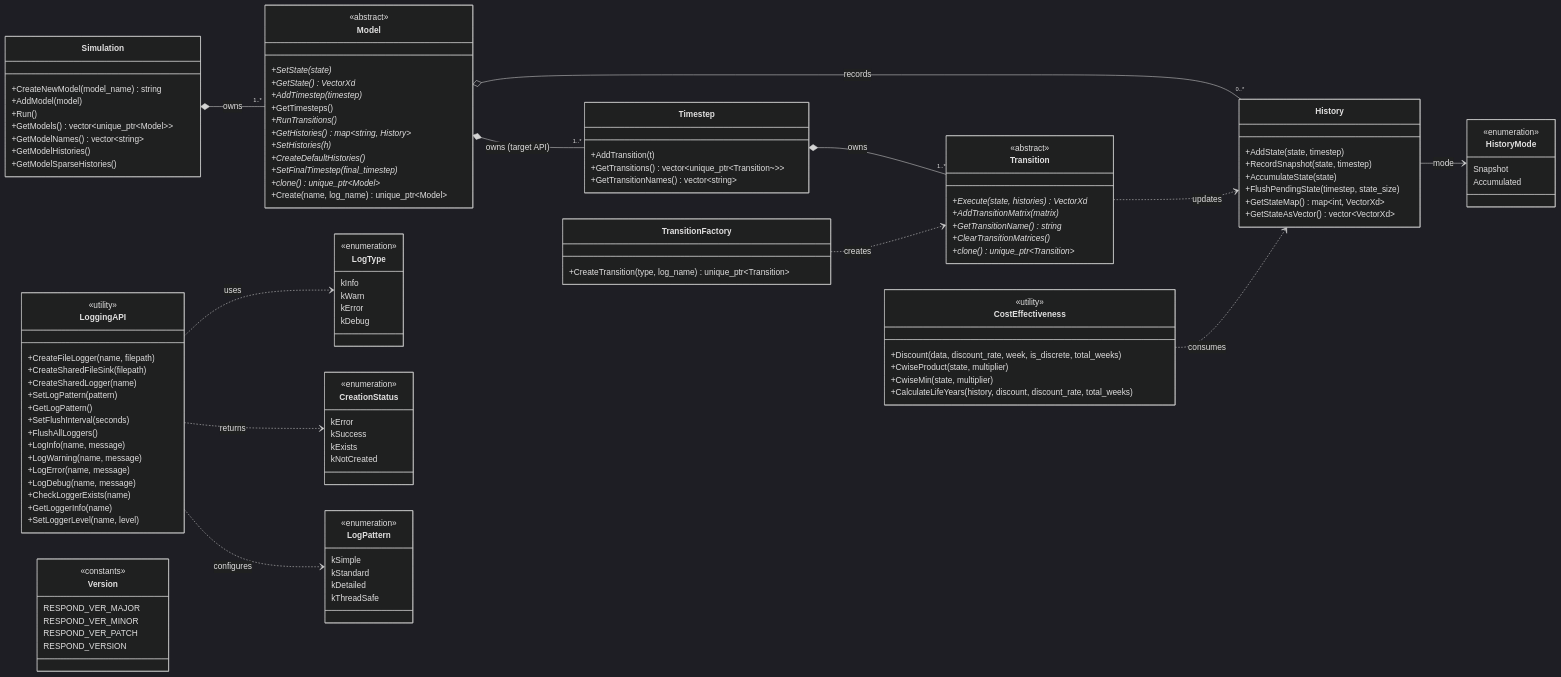
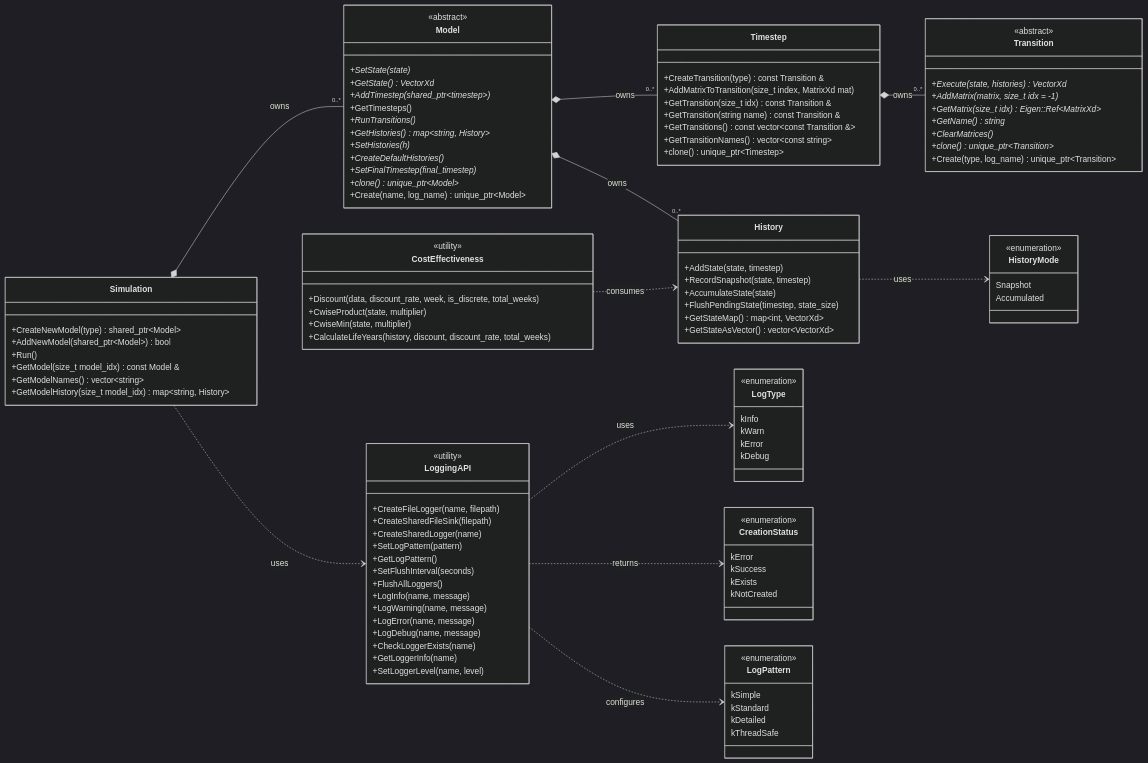
The first of 3 diagrams in docs/src/uml.md (SyndemicsLab/respond), drawn with Mermaid (dark theme) before and after one commit.

Commit message:
Updating public diagram

````diff
--- a/docs/src/uml.md
+++ b/docs/src/uml.md
@@ -13,20 +13,19 @@
     direction LR
 
     class Simulation {
-        +CreateNewModel(model_name) string
-        +AddModel(model)
+        +CreateNewModel(type) shared_ptr~Model~
+        +AddNewModel(shared_ptr~Model~) bool
         +Run()
-        +GetModels() vector~unique_ptr~Model~~
+        +GetModel(size_t model_idx) const Model &
         +GetModelNames() vector~string~
-        +GetModelHistories()
-        +GetModelSparseHistories()
+        +GetModelHistory(size_t model_idx) map~string, History~
     }
 
     class Model {
         <<abstract>>
         +SetState(state) *
         +GetState() VectorXd *
-        +AddTimestep(timestep) *
+        +AddTimestep(shared_ptr~timestep~) *
         +GetTimesteps() 
         +RunTransitions() *
         +GetHistories() map~string, History~ *
@@ -38,22 +37,24 @@
     }
 
     class Timestep {
-        +AddTransition(t)
-        +GetTransitions() vector~unique_ptr~Transition~~~
-        +GetTransitionNames() vector~string~
+        +CreateTransition(type) const Transition &
+        +AddMatrixToTransition(size_t index, MatrixXd mat)
+        +GetTransition(size_t idx) const Transition &
+        +GetTransition(string name) const Transition &
+        +GetTransitions() const vector~const Transition &~
+        +GetTransitionNames() vector~const string~
+        +clone() unique_ptr~Timestep~
     }
 
     class Transition {
         <<abstract>>
         +Execute(state, histories) VectorXd *
-        +AddTransitionMatrix(matrix) *
-        +GetTransitionName() string *
-        +ClearTransitionMatrices() *
+        +AddMatrix(matrix, size_t idx = -1) *
+        +GetMatrix(size_t idx) Eigen::Ref~MatrixXd~ *
+        +GetName() string *
+        +ClearMatrices() *
         +clone() unique_ptr~Transition~ *
-    }
-
-    class TransitionFactory {
-        +CreateTransition(type, log_name) unique_ptr~Transition~
+        +Create(type, log_name) unique_ptr~Transition~
     }
 
     class History {
@@ -121,27 +122,16 @@
         +CalculateLifeYears(history, discount, discount_rate, total_weeks)
     }
 
-    class Version {
-        <<constants>>
-        RESPOND_VER_MAJOR
-        RESPOND_VER_MINOR
-        RESPOND_VER_PATCH
-        RESPOND_VERSION
-    }
+    Simulation *-- "0..*" Model : owns
+    Model *-- "0..*" Timestep : owns
+    Timestep *-- "0..*" Transition : owns
 
-    Simulation *-- "1..*" Model : owns
-    Model *-- "1..*" Timestep : owns (target API)
-    Timestep *-- "1..*" Transition : owns
+    Model *-- "0..*" History : owns
 
-    Model o-- "0..*" History : records
-    Transition ..> History : updates
-    History --> HistoryMode : mode
-
-    TransitionFactory ..> Transition : creates
-
+    Simulation ..> LoggingAPI: uses
     LoggingAPI ..> LogType : uses
     LoggingAPI ..> CreationStatus : returns
     LoggingAPI ..> LogPattern : configures
-
+    History ..> HistoryMode : uses
     CostEffectiveness ..> History : consumes
 ```
````
